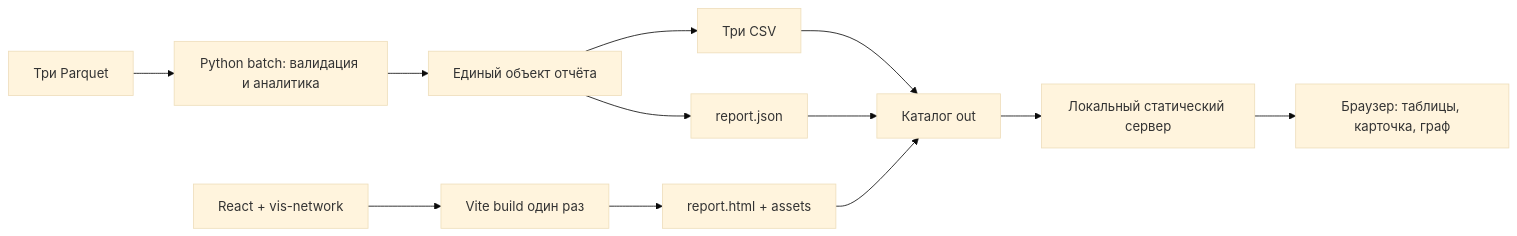
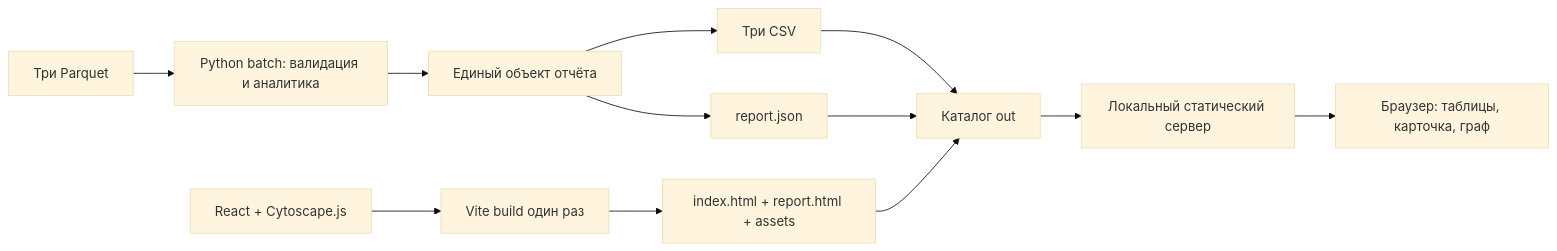
Before and after one commit to BAITC-Hacks/hack-e3bf6094-jigas: the diagram in docs/ARCHITECTURE.md, drawn with Mermaid (base theme). The commit also changed other lines of this file and 17 other files, not shown here.

````diff
--- a/docs/ARCHITECTURE.md
+++ b/docs/ARCHITECTURE.md
@@ -5,14 +5,14 @@
 ```mermaid
 flowchart LR
     A[Три Parquet] --> B[Python batch: валидация и аналитика]
     B --> C[Единый объект отчёта]
     C --> D[Три CSV]
     C --> E[report.json]
-    F[React + vis-network] --> G[Vite build один раз]
-    G --> H[report.html + assets]
+    F[React + Cytoscape.js] --> G[Vite build один раз]
+    G --> H[index.html + report.html + assets]
     D --> I[Каталог out]
     E --> I
     H --> I
     I --> J[Локальный статический сервер]
     J --> K[Браузер: таблицы, карточка, граф]
 ```
````
